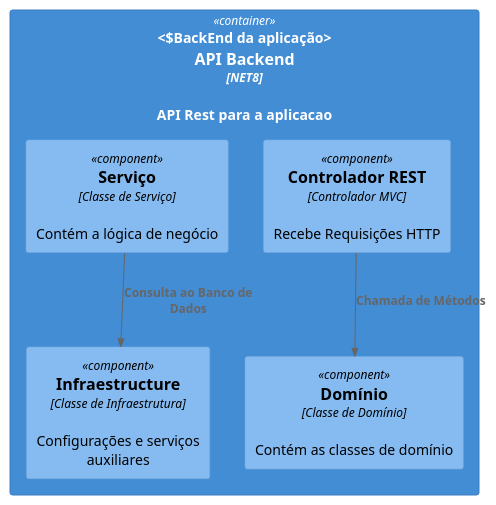
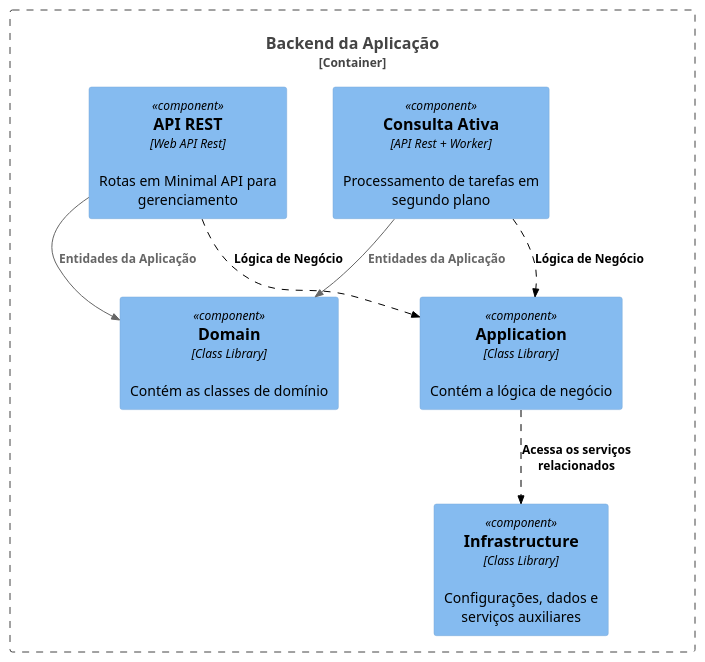
One commit to samoryfiotec/Editora changed the diagram in docs/Component_Back.puml. Above: the diagram before and after it, drawn with PlantUML. The commit also changed 3 other files, not shown here.

```diff
--- a/docs/Component_Back.puml
+++ b/docs/Component_Back.puml
@@ -1,14 +1,20 @@
 @startuml Component_Back_Boleto
 !includeurl https://raw.githubusercontent.com/plantuml-stdlib/C4-PlantUML/master/C4_Component.puml
 
-Container(api, "API Backend", "NET8", "API Rest para a aplicacao", "BackEnd da aplicação"){
-    Component(controller, "Controlador REST", "Controlador MVC", "Recebe Requisições HTTP")
-    Component(domain, "Domínio", "Classe de Domínio", "Contém as classes de domínio")
-    Component(service, "Serviço", "Classe de Serviço", "Contém a lógica de negócio")
-    Component(infra, "Infraestructure", "Classe de Infraestrutura", "Configurações e serviços auxiliares")
+AddRelTag("sync", $textColor="black", $lineColor="black", $lineStyle="dashed")
+
+Container_Boundary(backend, "Backend da Aplicação")  {
+    Component(worker, "Consulta Ativa", "API Rest + Worker", "Processamento de tarefas em segundo plano")
+    Component(api, "API REST", "Web API Rest", "Rotas em Minimal API para gerenciamento")
+    Component(domain, "Domain", "Class Library", "Contém as classes de domínio")
+    Component(application, "Application", "Class Library", "Contém a lógica de negócio")
+    Component(infra, "Infrastructure", "Class Library", "Configurações, dados e serviços auxiliares")
 }
 
-Rel(controller, domain, "Chamada de Métodos")
-Rel(service, infra, "Consulta ao Banco de Dados")
+Rel(worker, domain, "Entidades da Aplicação")
+Rel(api, domain, "Entidades da Aplicação")
+Rel(api, application, "Lógica de Negócio", $tags="sync")
+Rel(worker, application, "Lógica de Negócio", $tags="sync")
+Rel(application, infra, "Acessa os serviços relacionados", $tags="sync")  
 
 @enduml
```
